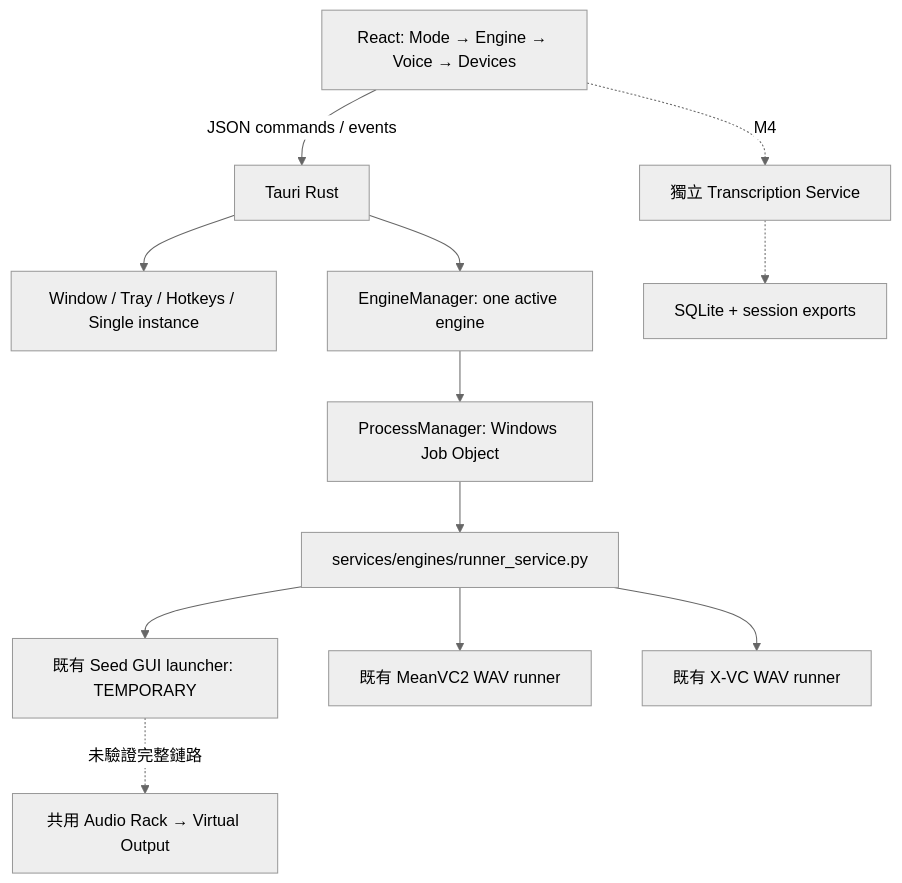
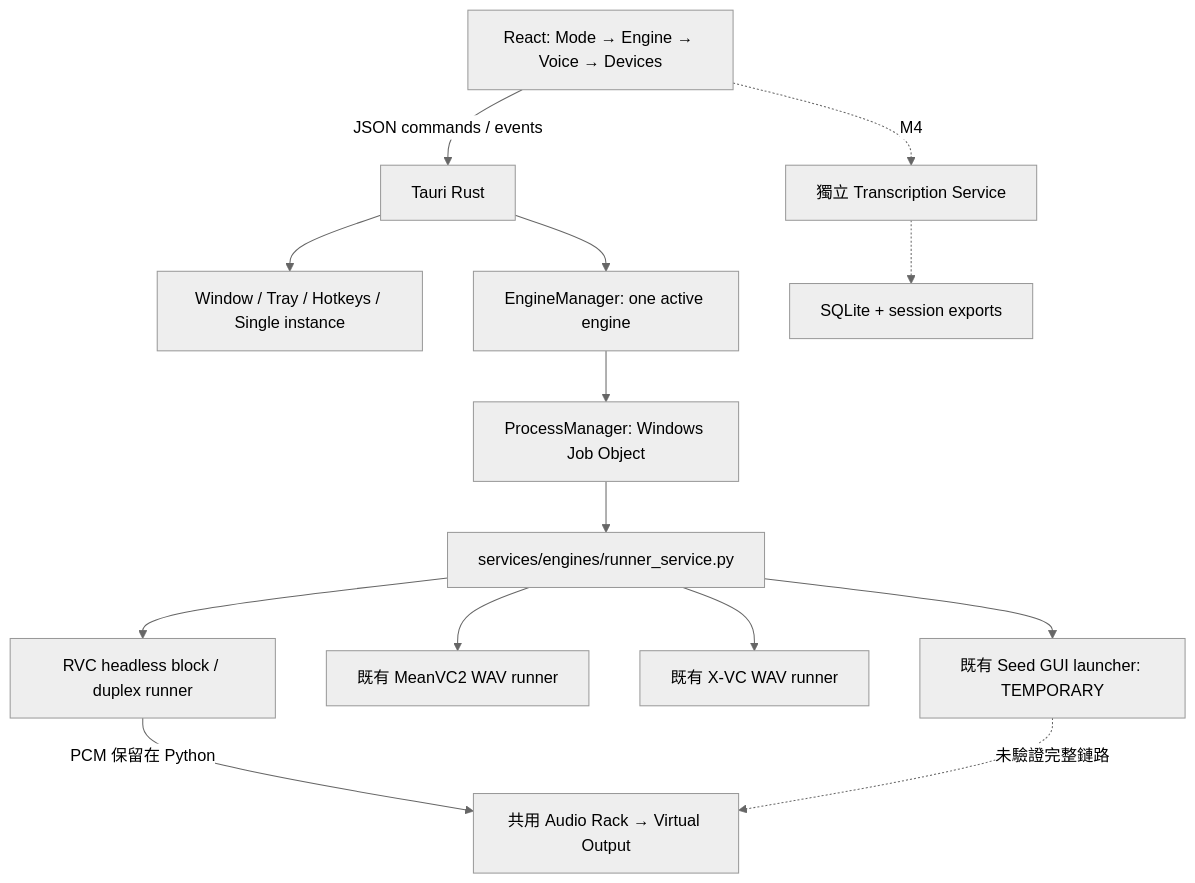
The diagram in docs/specs/app-architecture.md (jellyfish00001/AetherTune), drawn with Mermaid (neutral theme) before and after one commit. The commit also changed other lines of this file and 30 other files, not shown here.

````diff
--- a/docs/specs/app-architecture.md
+++ b/docs/specs/app-architecture.md
@@ -5,14 +5,16 @@
 ```mermaid
 flowchart TB
   UI[React: Mode → Engine → Voice → Devices] -->|JSON commands / events| T[Tauri Rust]
   T --> W[Window / Tray / Hotkeys / Single instance]
   T --> EM[EngineManager: one active engine]
   EM --> PM[ProcessManager: Windows Job Object]
   PM --> B[services/engines/runner_service.py]
   B --> S[既有 Seed GUI launcher: TEMPORARY]
   B --> M[既有 MeanVC2 WAV runner]
   B --> X[既有 X-VC WAV runner]
+  B --> V[RVC headless block / duplex runner]
+  V -->|PCM 保留在 Python| R[共用 Audio Rack → Virtual Output]
   UI -. M4 .-> STT[獨立 Transcription Service]
   STT -.-> DB[SQLite + session exports]
-  S -. 未驗證完整鏈路 .-> R[共用 Audio Rack → Virtual Output]
+  S -. 未驗證完整鏈路 .-> R
 ```
````
